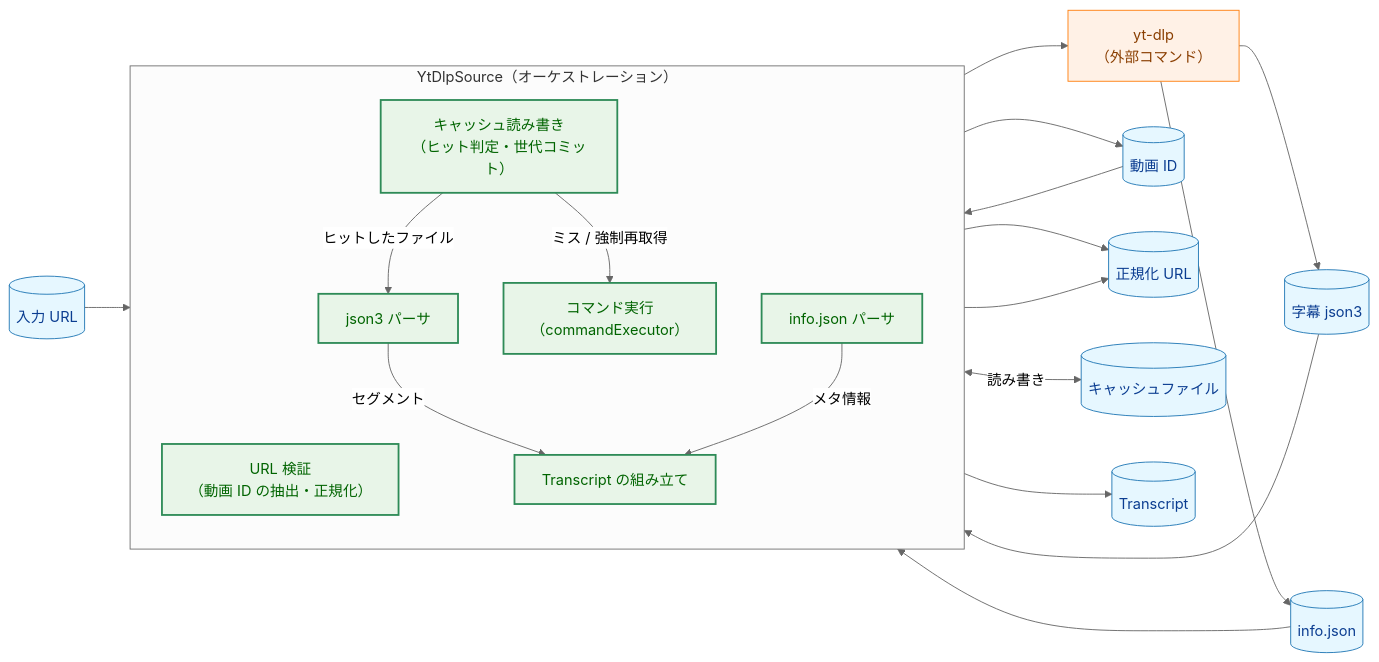
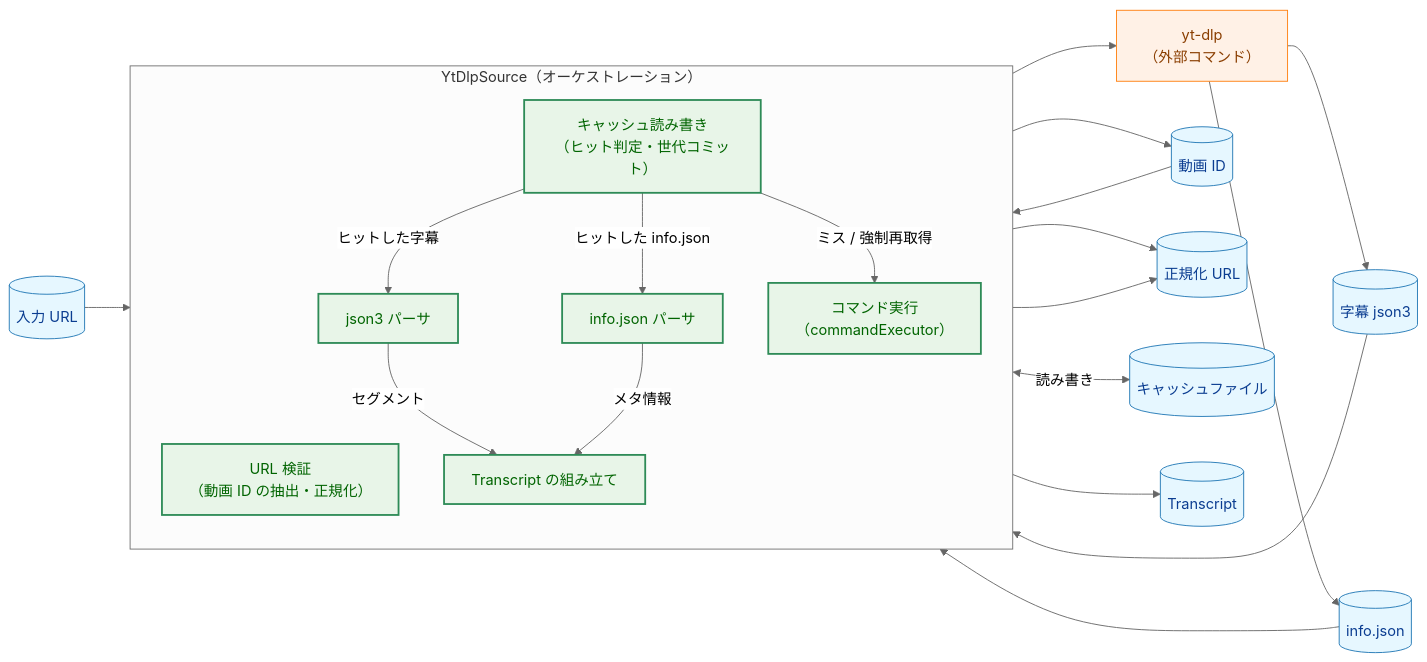
Before and after one commit to isseis/yt2column: the first of 11 diagrams in docs/tasks/0002_ytdlp_transcript_source/02_architecture.md, drawn with Mermaid (neutral theme). The commit also changed other lines of this file, not shown here.

Commit message:
docs(0002): read cached info.json into its parser in figure 1
The cache-hit path fed only the subtitle parser; a cache hit must read
and parse both the cached subtitles and the cached info.json. Add the
CACHE -> IJ edge and state it in the caption.

````diff
--- a/docs/tasks/0002_ytdlp_transcript_source/02_architecture.md
+++ b/docs/tasks/0002_ytdlp_transcript_source/02_architecture.md
@@ -26,47 +26,48 @@
 ```mermaid
 flowchart LR
     classDef data fill:#e6f7ff,stroke:#1f77b4,stroke-width:1px,color:#0b3d91;
     classDef enhanced fill:#e8f5e8,stroke:#2e8b57,stroke-width:2px,color:#006400;
     classDef process fill:#fff1e6,stroke:#ff7f0e,stroke-width:1px,color:#8a3e00;
 
     URL[("入力 URL")]
 
     subgraph SRC["YtDlpSource（オーケストレーション）"]
         direction TB
         VID["URL 検証<br>（動画 ID の抽出・正規化）"]
         CACHE["キャッシュ読み書き<br>（ヒット判定・世代コミット）"]
         RUN["コマンド実行<br>（commandExecutor）"]
         J3["json3 パーサ"]
         IJ["info.json パーサ"]
         ASM["Transcript の組み立て"]
     end
 
     YTDLP["yt-dlp<br>（外部コマンド）"]
     ID[("動画 ID")]
     NURL[("正規化 URL")]
     SUB[("字幕 json3")]
     INF[("info.json")]
     CF[("キャッシュファイル")]
     TC[("Transcript")]
 
     URL --> VID
     VID --> ID
     VID --> NURL
     ID --> CACHE
-    CACHE -->|"ヒットしたファイル"| J3
+    CACHE -->|"ヒットした字幕"| J3
+    CACHE -->|"ヒットした info.json"| IJ
     CACHE -->|"ミス / 強制再取得"| RUN
     RUN --> NURL
     RUN --> YTDLP
     YTDLP --> SUB
     YTDLP --> INF
     SUB --> J3
     INF --> IJ
     J3 -->|"セグメント"| ASM
     IJ -->|"メタ情報"| ASM
     ASM --> TC
     CACHE <-->|"読み書き"| CF
 
     class URL,ID,NURL,SUB,INF,CF,TC data
     class VID,CACHE,RUN,J3,IJ,ASM enhanced
     class YTDLP process
 ```
````
